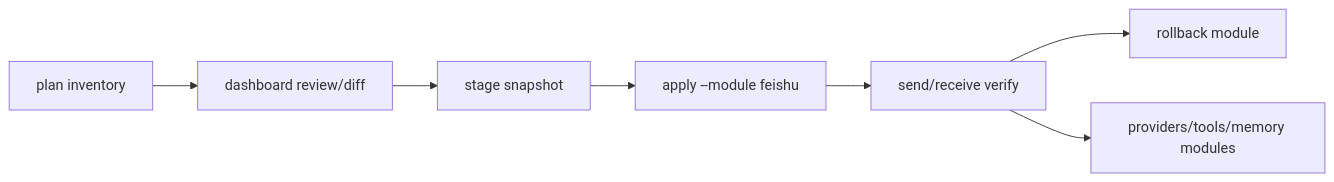
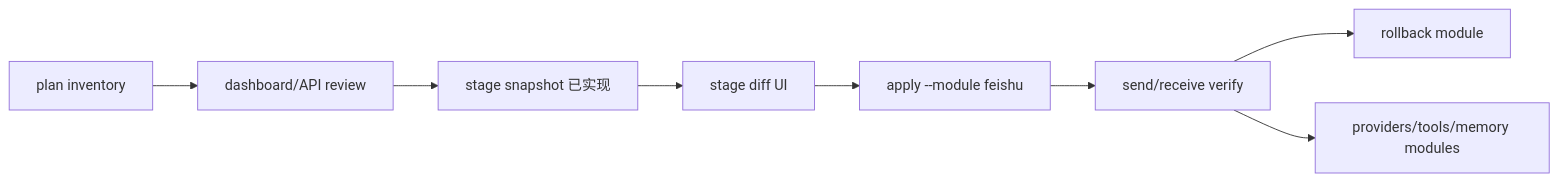
Before and after one commit to mayf3/myclaw: the ninth of 9 diagrams in docs/implementation-architecture.md, drawn with Mermaid. The commit also changed other lines of this file and 18 other files, not shown here.

````diff
--- a/docs/implementation-architecture.md
+++ b/docs/implementation-architecture.md
@@ -383,9 +391,10 @@
 ```mermaid
 flowchart LR
-  Plan[plan inventory] --> Review[dashboard review/diff]
-  Review --> Stage[stage snapshot]
-  Stage --> ApplyFeishu[apply --module feishu]
+  Plan[plan inventory] --> Review[dashboard/API review]
+  Review --> Stage[stage snapshot 已实现]
+  Stage --> Diff[stage diff UI]
+  Diff --> ApplyFeishu[apply --module feishu]
   ApplyFeishu --> Verify[send/receive verify]
   Verify --> Rollback[rollback module]
   Verify --> Next[providers/tools/memory modules]
 ```
````
